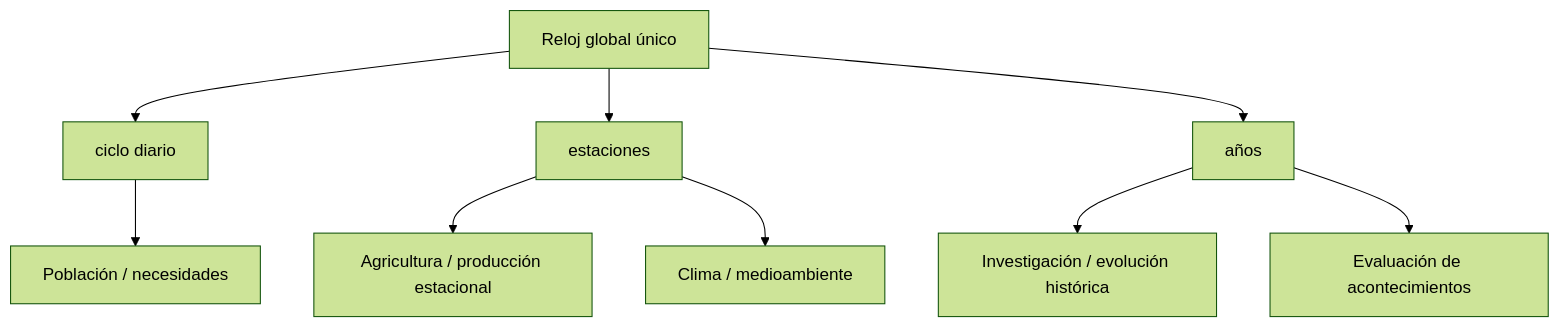
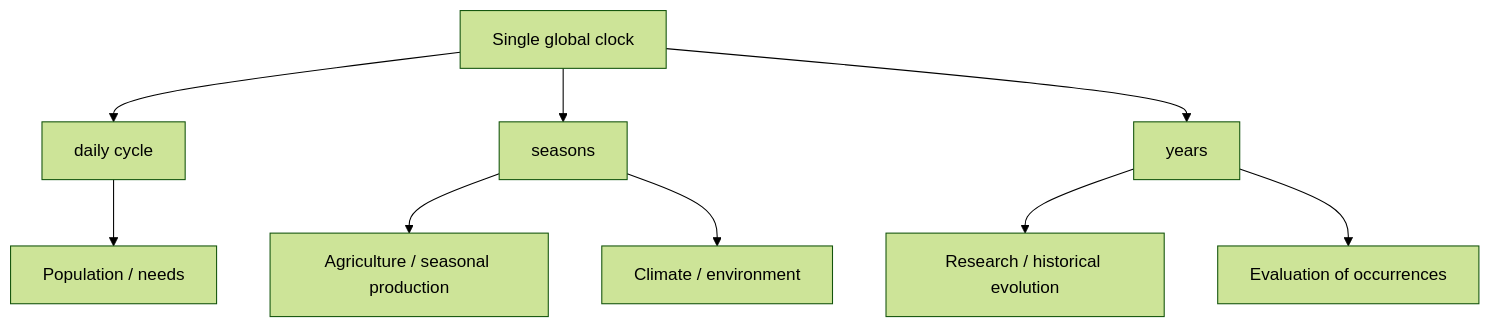
One commit to guidoalloatti/civilizations-evolution-doc changed the fourth of 4 diagrams in SYSTEM_ARCHITECTURE_MAP.md. Above: the diagram before and after it, drawn with Mermaid (forest theme). The commit also changed other lines of this file and 47 other files, not shown here.

````diff
--- a/SYSTEM_ARCHITECTURE_MAP.md
+++ b/SYSTEM_ARCHITECTURE_MAP.md
@@ -154,11 +154,11 @@
 ```mermaid
 flowchart TB
-    CLK["Reloj global único"] --> D["ciclo diario"]
-    CLK --> S["estaciones"]
-    CLK --> Y["años"]
-    D --> POPt["Población / necesidades"]
-    S --> AGR["Agricultura / producción estacional"]
-    Y --> TECt["Investigación / evolución histórica"]
-    S --> ENVt["Clima / medioambiente"]
-    Y --> EVTt["Evaluación de acontecimientos"]
+    CLK["Single global clock"] --> D["daily cycle"]
+    CLK --> S["seasons"]
+    CLK --> Y["years"]
+    D --> POPt["Population / needs"]
+    S --> AGR["Agriculture / seasonal production"]
+    Y --> TECt["Research / historical evolution"]
+    S --> ENVt["Climate / environment"]
+    Y --> EVTt["Evaluation of occurrences"]
 ```
````
